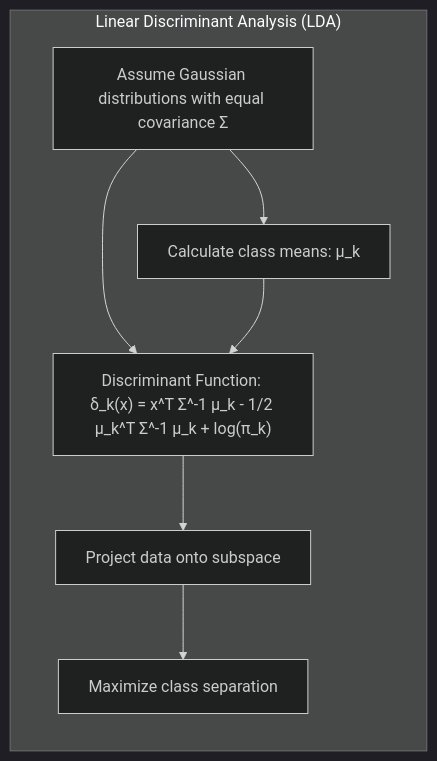
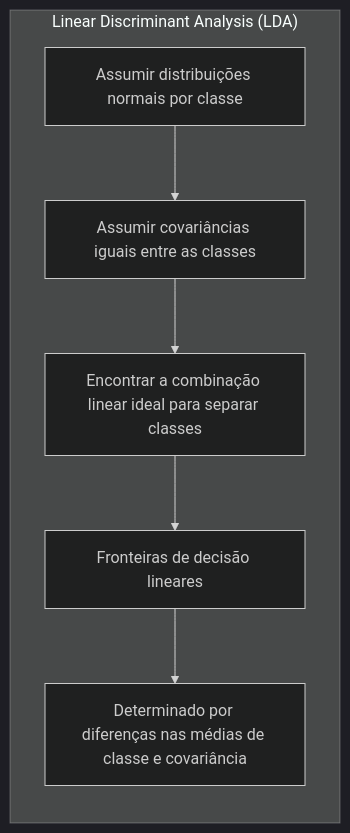
One commit to diegomrodrigues/statistical_learning_notes changed the second of 7 diagrams in 03. Additive Models/01. Generalized Additive Models/01. Concept Overview.md. Above: the diagram before and after it, drawn with Mermaid (dark theme). The commit also changed other lines of this file and 228 other files, not shown here.

````diff
--- a/03. Additive Models/01. Generalized Additive Models/01. Concept Overview.md
+++ b/03. Additive Models/01. Generalized Additive Models/01. Concept Overview.md
@@ -81,16 +44,14 @@
 ```mermaid
 graph LR
     subgraph "Linear Discriminant Analysis (LDA)"
-      direction TB
-        A["Assume Gaussian distributions with equal covariance Σ"]
-        B["Calculate class means: μ_k"]
-        C["Discriminant Function: δ_k(x) = x^T Σ^-1 μ_k - 1/2 μ_k^T Σ^-1 μ_k + log(π_k)"]
-        D["Project data onto subspace"]
-        E["Maximize class separation"]
+        A["Assumir distribuições normais por classe"]
+        B["Assumir covariâncias iguais entre as classes"]
+        C["Encontrar a combinação linear ideal para separar classes"]
+        D["Fronteiras de decisão lineares"]
+        E["Determinado por diferenças nas médias de classe e covariância"]
         A --> B
-        A --> C
         B --> C
         C --> D
         D --> E
     end
 ```
````
